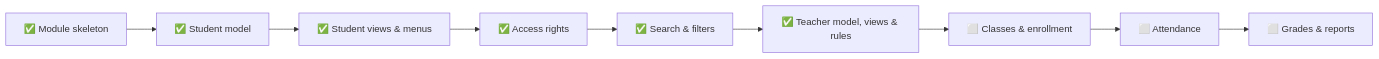
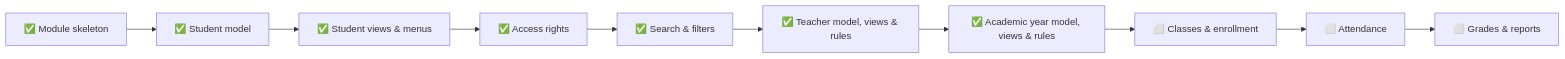
The fifth of 5 diagrams in README.md (Ahmed-Samy-Omran/school_management), drawn with Mermaid before and after one commit. The commit also changed other lines of this file and 6 other files, not shown here.

First line of the commit message:
feat: add academic year model, views and access rights

````diff
--- a/README.md
+++ b/README.md
@@ -196,11 +278,12 @@
 ```mermaid
 graph LR
     A["✅ Module skeleton"] --> B["✅ Student model"]
     B --> C["✅ Student views & menus"]
     C --> D["✅ Access rights"]
     D --> E["✅ Search & filters"]
     E --> F["✅ Teacher model, views & rules"]
-    F --> G["⬜ Classes & enrollment"]
+    F --> F2["✅ Academic year model, views & rules"]
+    F2 --> G["⬜ Classes & enrollment"]
     G --> H["⬜ Attendance"]
     H --> I["⬜ Grades & reports"]
 ```
````
